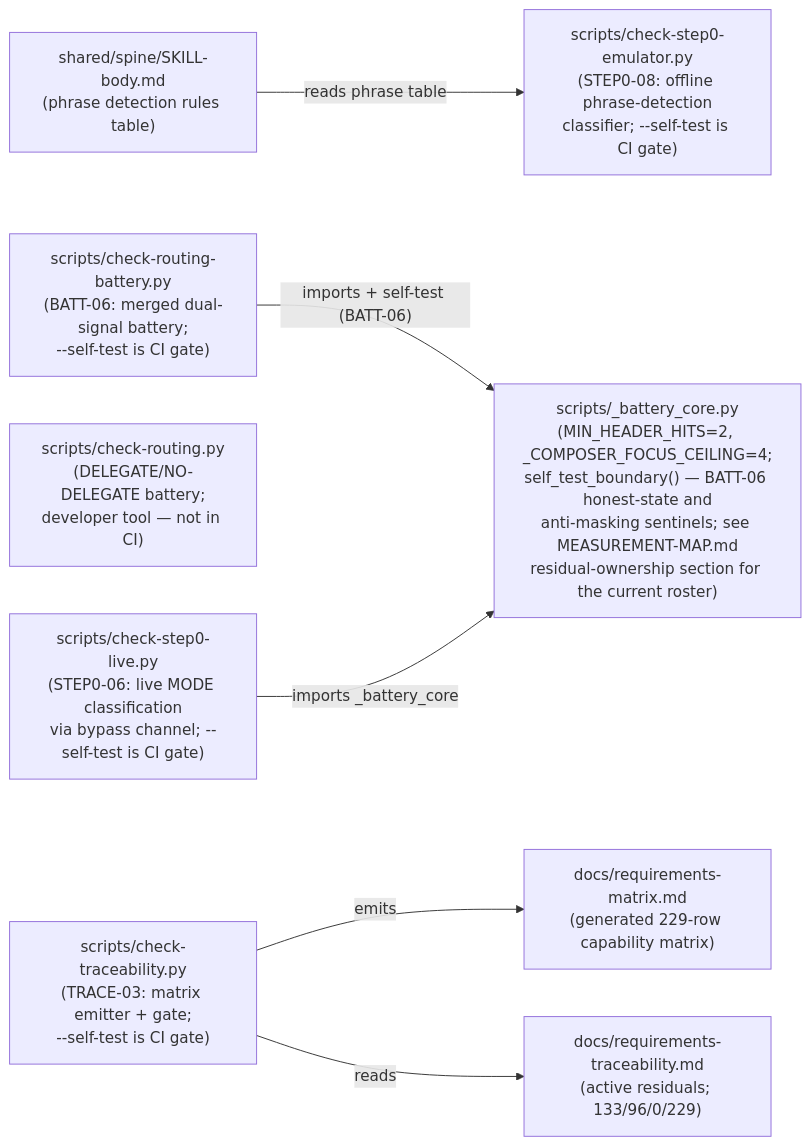
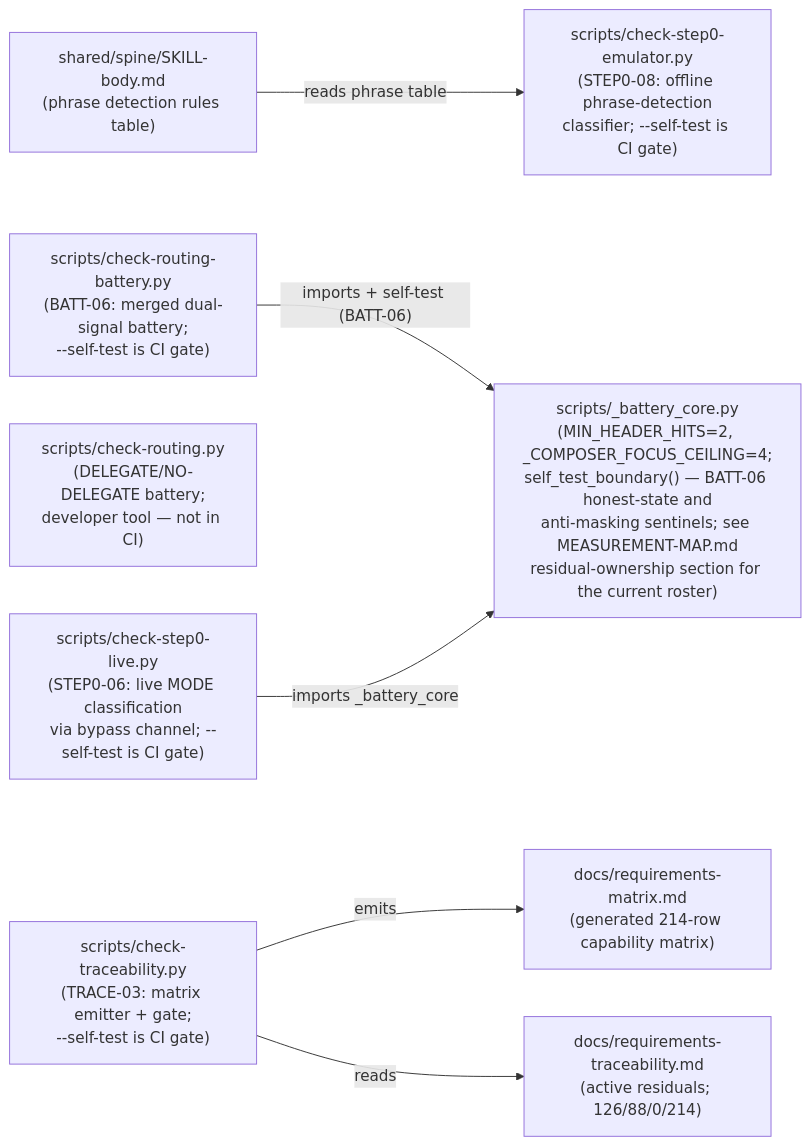
One commit to chrisdavidson/first-principles-skill changed the second of 2 diagrams in docs/COMPONENT-DIAGRAM.md. Above: the diagram before and after it, drawn with Mermaid. The commit also changed 3 other files, not shown here.

````diff
--- a/docs/COMPONENT-DIAGRAM.md
+++ b/docs/COMPONENT-DIAGRAM.md
@@ -81,24 +81,24 @@
 ```mermaid
 flowchart LR
     SKILLBODY["shared/spine/SKILL-body.md\n(phrase detection rules table)"]
 
     CORE["scripts/_battery_core.py\n(MIN_HEADER_HITS=2, _COMPOSER_FOCUS_CEILING=4;\nself_test_boundary() — BATT-06 honest-state and\nanti-masking sentinels; see MEASUREMENT-MAP.md\nresidual-ownership section for the current roster)"]
 
     BATT["scripts/check-routing-battery.py\n(BATT-06: merged dual-signal battery;\n--self-test is CI gate)"]
     ROUTING["scripts/check-routing.py\n(DELEGATE/NO-DELEGATE battery;\ndeveloper tool — not in CI)"]
 
     EMU["scripts/check-step0-emulator.py\n(STEP0-08: offline phrase-detection\nclassifier; --self-test is CI gate)"]
     LIVE["scripts/check-step0-live.py\n(STEP0-06: live MODE classification\nvia bypass channel; --self-test is CI gate)"]
 
     TRACE["scripts/check-traceability.py\n(TRACE-03: matrix emitter + gate;\n--self-test is CI gate)"]
-    MATRIX["docs/requirements-matrix.md\n(generated 229-row capability matrix)"]
-    TRACEABILITY["docs/requirements-traceability.md\n(active residuals; 133/96/0/229)"]
+    MATRIX["docs/requirements-matrix.md\n(generated 214-row capability matrix)"]
+    TRACEABILITY["docs/requirements-traceability.md\n(active residuals; 126/88/0/214)"]
 
     SKILLBODY -->|"reads phrase table"| EMU
 
     BATT -->|"imports + self-test (BATT-06)"| CORE
     LIVE -->|"imports _battery_core"| CORE
 
     TRACE -->|"emits"| MATRIX
     TRACE -->|"reads"| TRACEABILITY
 ```
````
